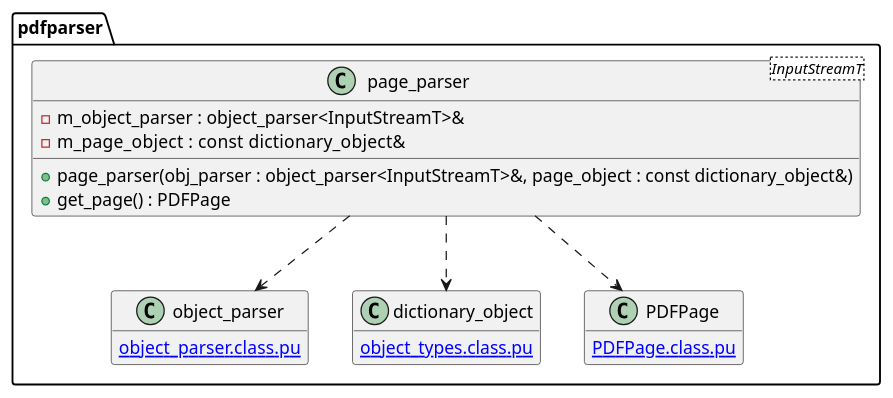
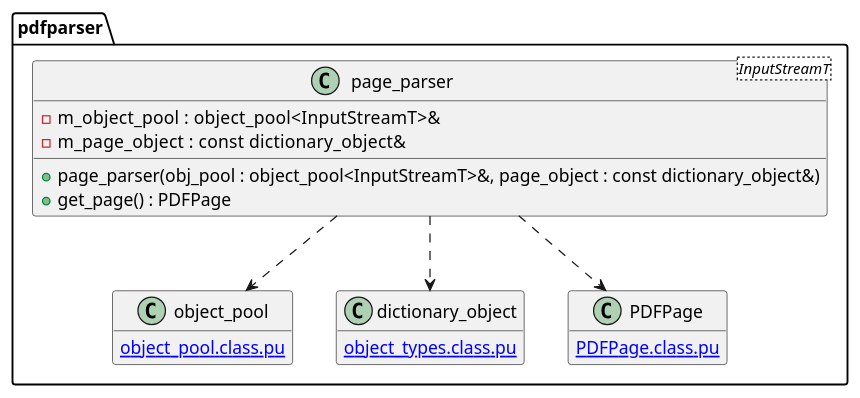
Before and after one commit to KodaiYM/PDFReader: the diagram in document/document_reader/page_tree_parser/page_parser/page_parser.class.pu, drawn with PlantUML. The commit also changed 3 other files, not shown here.

```diff
--- a/document/document_reader/page_tree_parser/page_parser/page_parser.class.pu
+++ b/document/document_reader/page_tree_parser/page_parser/page_parser.class.pu
@@ -1,24 +1,24 @@
 @startuml page_parser
 hide empty members
 namespace pdfparser {
 class page_parser<InputStreamT> {
-	-m_object_parser : object_parser<InputStreamT>&
+	-m_object_pool   : object_pool<InputStreamT>&
 	-m_page_object   : const dictionary_object&
 
-	+page_parser(obj_parser : object_parser<InputStreamT>&, page_object : const dictionary_object&)
+	+page_parser(obj_pool : object_pool<InputStreamT>&, page_object : const dictionary_object&)
 	+get_page() : PDFPage
 }
-page_parser ..> object_parser
+page_parser ..> object_pool
 page_parser ..> dictionary_object
 page_parser ..> PDFPage
 
-class object_parser {
-	[[object_parser.class.pu]]
+class object_pool {
+	[[object_pool.class.pu]]
 }
 class dictionary_object {
 	[[object_types.class.pu]]
 }
 class PDFPage {
 	[[PDFPage.class.pu]]
 }
 @enduml
```
